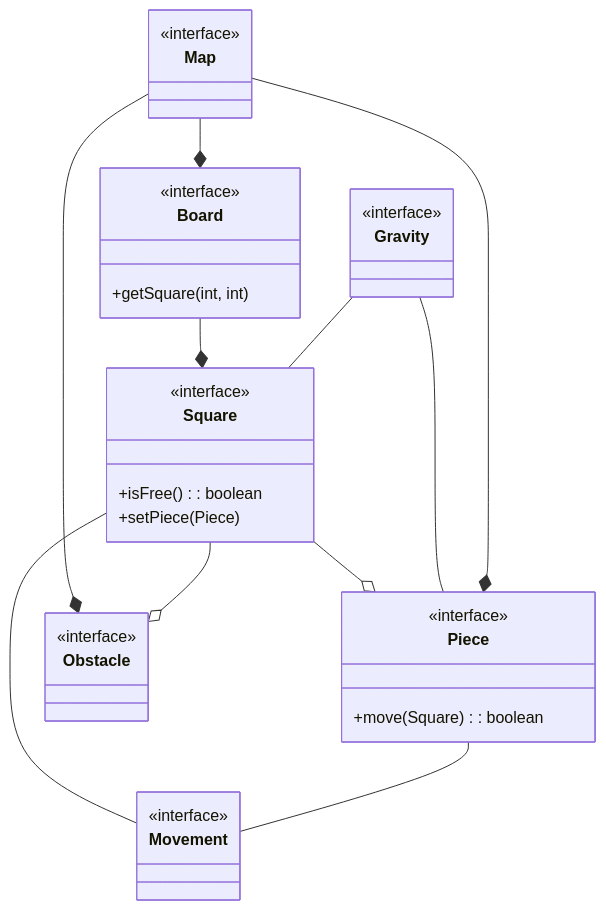
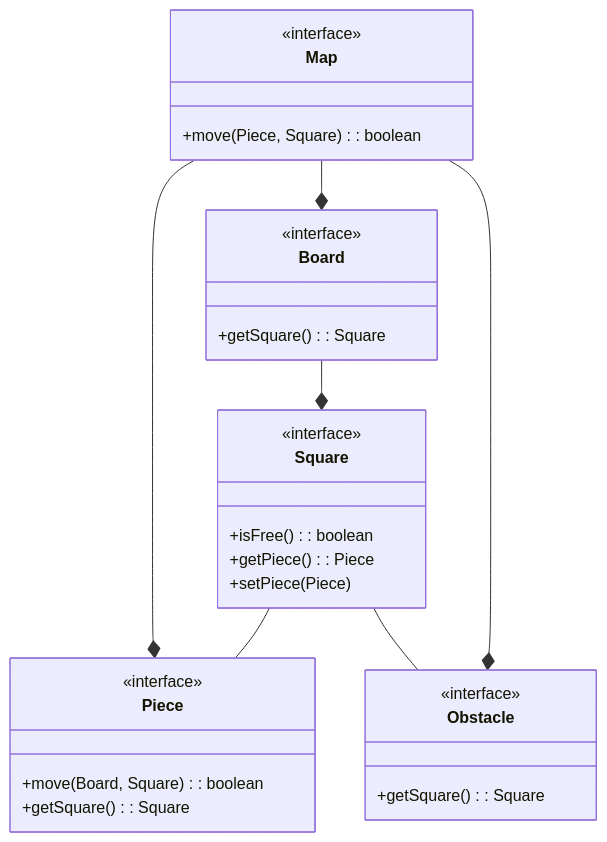
The diagram in README.md (alessandroArrighi/pss23-24-ChessGravity-Arrighi), drawn with Mermaid before and after one commit.

Commit message:
update 'Analisi modello' paragraph

````diff
--- a/README.md
+++ b/README.md
@@ -43,42 +43,38 @@
 ```mermaid
 classDiagram
 
-class Map 
+class Map {
+    +move(Piece, Square): boolean
+}
 <<interface>> Map
 
 class Piece {
-    +move(Square): boolean
+    +move(Board, Square): boolean
+    +getSquare(): Square
 }
 <<interface>> Piece
 
 class Board {
-    +getSquare(int, int)
+    +getSquare(): Square
 }
 <<interface>> Board
 
 class Square {
     +isFree(): boolean
+    +getPiece(): Piece
     +setPiece(Piece)
 }
 <<interface>> Square
 
-class Obstacle
+class Obstacle {
+    +getSquare(): Square
+}
 <<interface>> Obstacle
 
-class Movement
-<<interface>> Movement
-
-class Gravity
-<<interface>> Gravity
-
-Square --o Piece
+Square -- Piece
 Map --* Board
-Gravity -- Piece
 Map --* Obstacle
-Square -- Movement
 Map --* Piece
-Piece -- Movement
 Board --* Square
-Square --o Obstacle
-Gravity -- Square
+Square -- Obstacle
 ```
````
